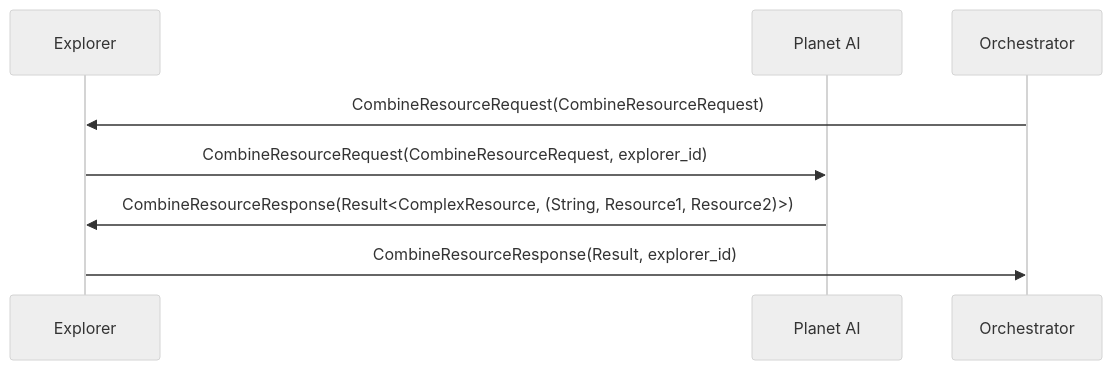
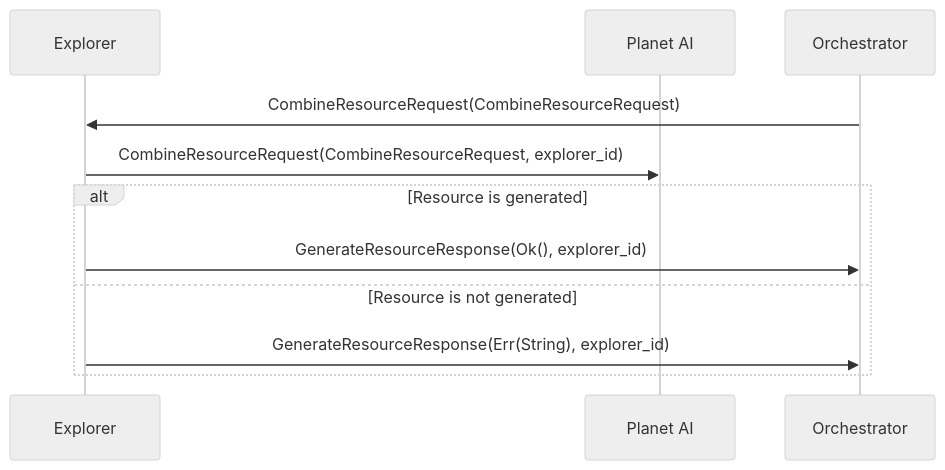
Diagram 17 of 23 in MESSAGE_DIAGRAMS.md (unitn-ap-2025/common), drawn with Mermaid (neutral theme) before and after one commit. The commit also changed other lines of this file and 5 other files, not shown here.

Commit message:
Fix Issue #142, added and updated MESSAGE_DIAGRAMS file with sequence diagrams pf the protocol + fixed protocol doc comments for readability

````diff
--- a/MESSAGE_DIAGRAMS.md
+++ b/MESSAGE_DIAGRAMS.md
@@ -180,11 +213,14 @@
 ```mermaid
 sequenceDiagram
     participant E as Explorer
     participant P as Planet AI
     participant O as Orchestrator
 
     O ->> E: CombineResourceRequest(CombineResourceRequest)
     E ->> P: CombineResourceRequest(CombineResourceRequest, explorer_id)
-    P ->> E: CombineResourceResponse(Result<ComplexResource, (String, Resource1, Resource2)>)
-    E ->> O: CombineResourceResponse(Result, explorer_id)
+    alt Resource is generated
+    E ->> O: GenerateResourceResponse(Ok(), explorer_id)
+    else Resource is not generated
+    E ->> O: GenerateResourceResponse(Err(String), explorer_id)
+    end
 ```
````
